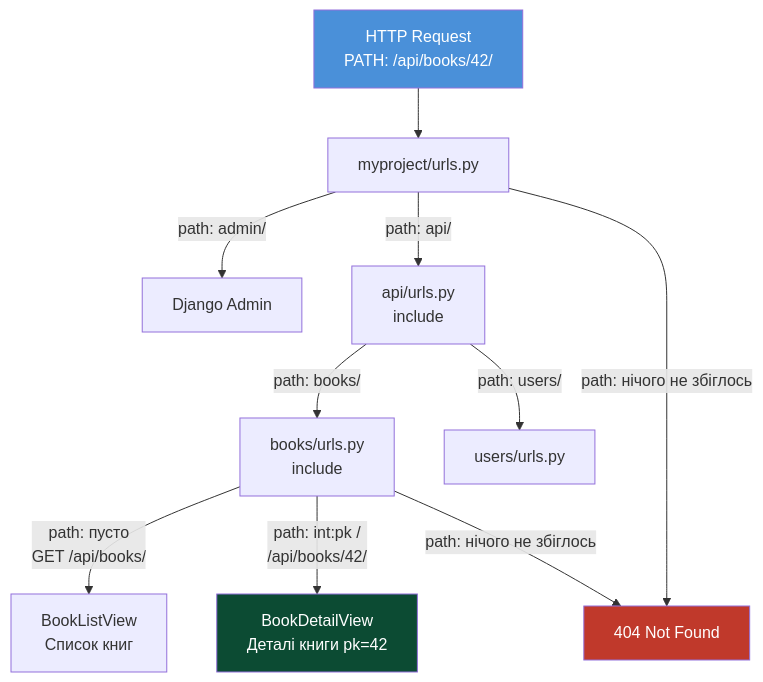
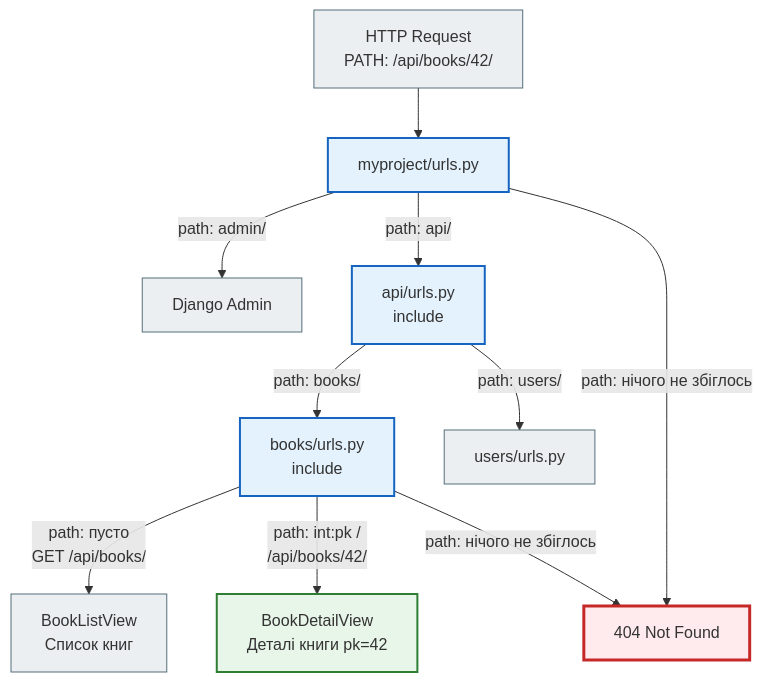
One commit to NikoriakViktot/notes_chat_app changed the third of 19 diagrams in docs/02_django_core/django_mermaid_full.md. Above: the diagram before and after it, drawn with Mermaid. The commit also changed other lines of this file and 441 other files, not shown here.

First line of the commit message:
Add English version of the book, Mermaid standard, docs fixes

````diff
--- a/docs/02_django_core/django_mermaid_full.md
+++ b/docs/02_django_core/django_mermaid_full.md
@@ -67,19 +66,24 @@
 ```mermaid
 flowchart TD
-    Req[HTTP Request\nPATH: /api/books/42/] --> Root[myproject/urls.py]
+    Req["HTTP Request<br>PATH: /api/books/42/"] --> Root[myproject/urls.py]
     
     Root -->|path: admin/| Admin[Django Admin]
-    Root -->|path: api/| APIUrls[api/urls.py\ninclude]
+    Root -->|path: api/| APIUrls["api/urls.py<br>include"]
     Root -->|path: нічого не збіглось| NotFound[404 Not Found]
     
-    APIUrls -->|path: books/| BookUrls[books/urls.py\ninclude]
+    APIUrls -->|path: books/| BookUrls["books/urls.py<br>include"]
     APIUrls -->|path: users/| UserUrls[users/urls.py]
     
-    BookUrls -->|path: пусто\nGET /api/books/| BookList[BookListView\nСписок книг]
-    BookUrls -->|path: int:pk /\n/api/books/42/| BookDetail[BookDetailView\nДеталі книги pk=42]
+    BookUrls -->|"path: пусто<br>GET /api/books/"| BookList["BookListView<br>Список книг"]
+    BookUrls -->|"path: int:pk /<br>/api/books/42/"| BookDetail["BookDetailView<br>Деталі книги pk=42"]
     BookUrls -->|path: нічого не збіглось| NotFound
-    
-    style Req fill:#4A90D9,color:#fff
-    style BookDetail fill:#0C4B33,color:#fff
-    style NotFound fill:#c0392b,color:#fff
+
+    classDef step     fill:#eceff1,stroke:#546e7a,stroke-width:1px;
+    classDef decision fill:#e3f2fd,stroke:#1565c0,stroke-width:2px;
+    classDef success  fill:#e8f5e9,stroke:#2e7d32,stroke-width:2px;
+    classDef error    fill:#ffebee,stroke:#c62828,stroke-width:3px;
+    class Req,Admin,UserUrls,BookList step;
+    class Root,APIUrls,BookUrls decision;
+    class BookDetail success;
+    class NotFound error;
 ```
````
